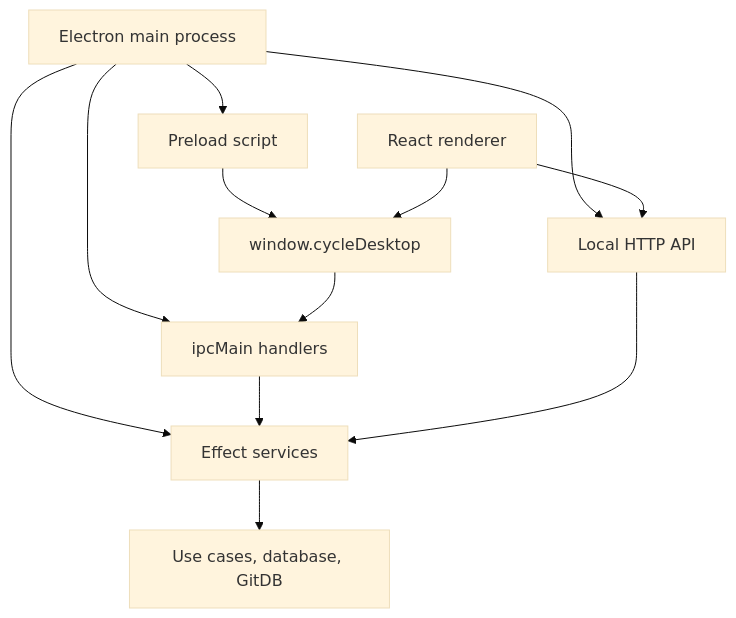
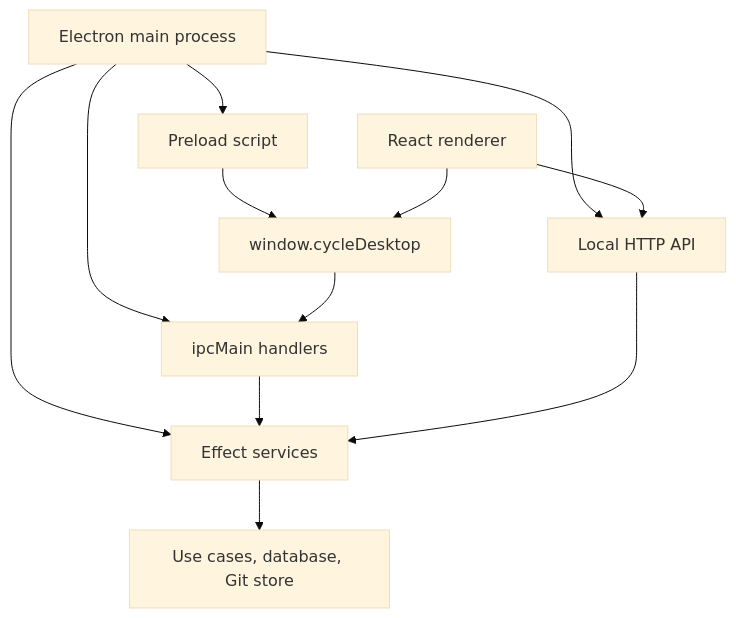
Before and after one commit to robertpitt/cycle: the first of 4 diagrams in packages/desktop/ARCHITECTURE.md, drawn with Mermaid (base theme). The commit also changed other lines of this file and 84 other files, not shown here.

Commit message:
Migrate git-db to new git-store

````diff
--- a/packages/desktop/ARCHITECTURE.md
+++ b/packages/desktop/ARCHITECTURE.md
@@ -47,23 +47,23 @@
 ```mermaid
 flowchart TD
   Main["Electron main process"]
   Preload["Preload script"]
   Renderer["React renderer"]
   Bridge["window.cycleDesktop"]
   Http["Local HTTP API"]
   Ipc["ipcMain handlers"]
   Services["Effect services"]
-  Domain["Use cases, database, GitDB"]
+  Domain["Use cases, database, Git store"]
 
   Main --> Services
   Main --> Http
   Main --> Ipc
   Main --> Preload
   Preload --> Bridge
   Renderer --> Bridge
   Renderer --> Http
   Bridge --> Ipc
   Ipc --> Services
   Http --> Services
   Services --> Domain
 ```
````
